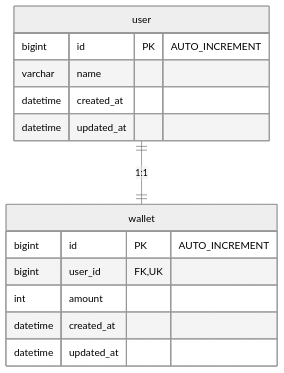
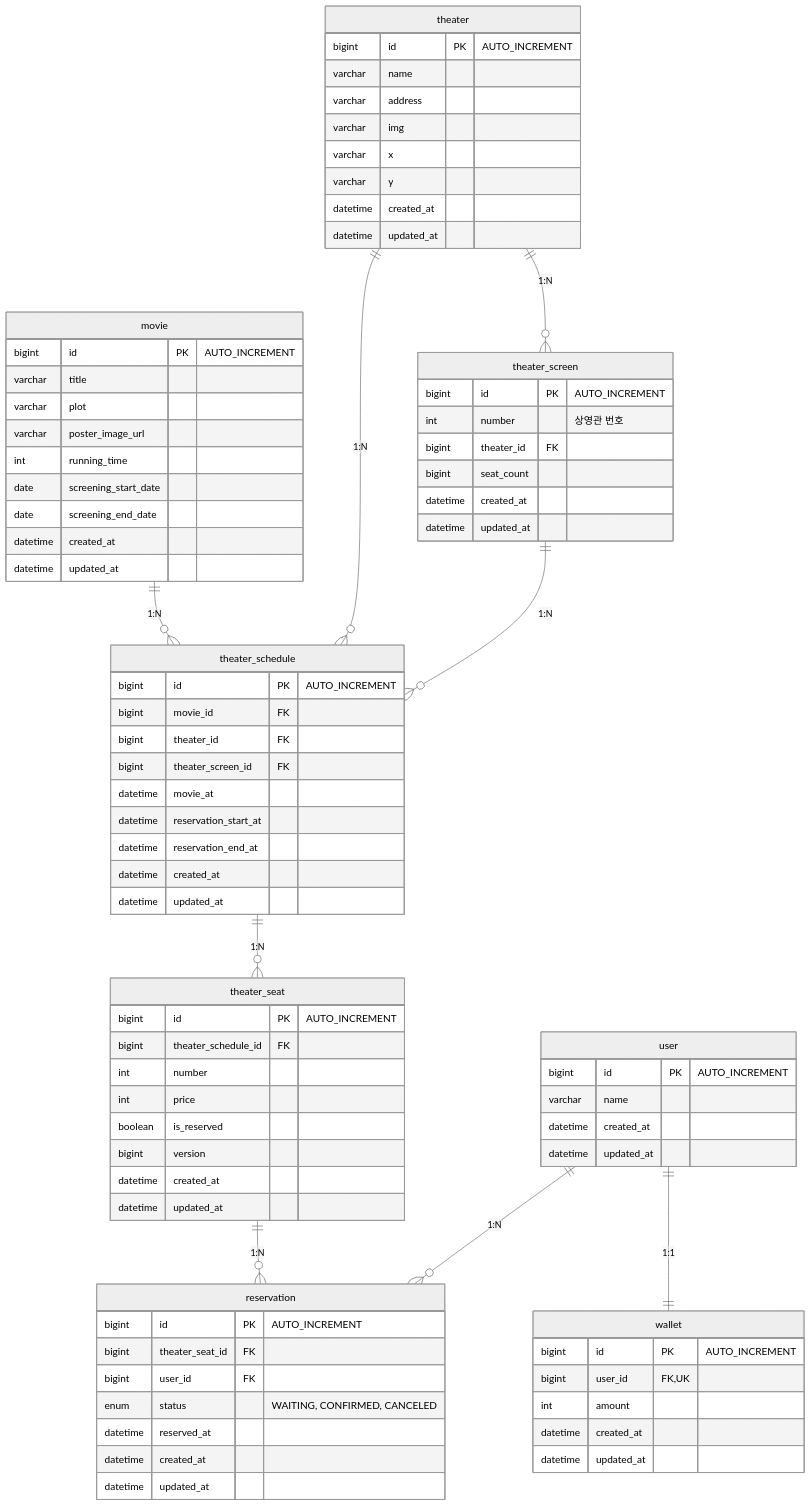
One commit to net1506/movie changed the diagram in docs/ERD.md. Above: the diagram before and after it, drawn with Mermaid (neutral theme). The commit also changed 5 other files, not shown here.

````diff
--- a/docs/ERD.md
+++ b/docs/ERD.md
@@ -26,5 +26,77 @@
         datetime updated_at
     }
 
+    movie {
+        bigint id PK "AUTO_INCREMENT"
+        varchar title
+        varchar plot
+        varchar poster_image_url
+        int running_time
+        date screening_start_date
+        date screening_end_date
+        datetime created_at
+        datetime updated_at
+    }
+
+    theater {
+        bigint id PK "AUTO_INCREMENT"
+        varchar name
+        varchar address
+        varchar img
+        varchar x
+        varchar y
+        datetime created_at
+        datetime updated_at
+    }
+
+    theater_screen {
+        bigint id PK "AUTO_INCREMENT"
+        int number "상영관 번호"
+        bigint theater_id FK
+        bigint seat_count
+        datetime created_at
+        datetime updated_at
+    }
+
+    theater_schedule {
+        bigint id PK "AUTO_INCREMENT"
+        bigint movie_id FK
+        bigint theater_id FK
+        bigint theater_screen_id FK
+        datetime movie_at
+        datetime reservation_start_at
+        datetime reservation_end_at
+        datetime created_at
+        datetime updated_at
+    }
+
+    theater_seat {
+        bigint id PK "AUTO_INCREMENT"
+        bigint theater_schedule_id FK
+        int number
+        int price
+        boolean is_reserved
+        bigint version
+        datetime created_at
+        datetime updated_at
+    }
+
+    reservation {
+        bigint id PK "AUTO_INCREMENT"
+        bigint theater_seat_id FK
+        bigint user_id FK
+        enum status "WAITING, CONFIRMED, CANCELED"
+        datetime reserved_at
+        datetime created_at
+        datetime updated_at
+    }
+
     user ||--|| wallet: "1:1"
+    movie ||--o{ theater_schedule: "1:N"
+    theater ||--o{ theater_screen: "1:N"
+    theater ||--o{ theater_schedule: "1:N"
+    theater_screen ||--o{ theater_schedule: "1:N"
+    theater_schedule ||--o{ theater_seat: "1:N"
+    theater_seat ||--o{ reservation: "1:N"
+    user ||--o{ reservation: "1:N"
 ```
````
